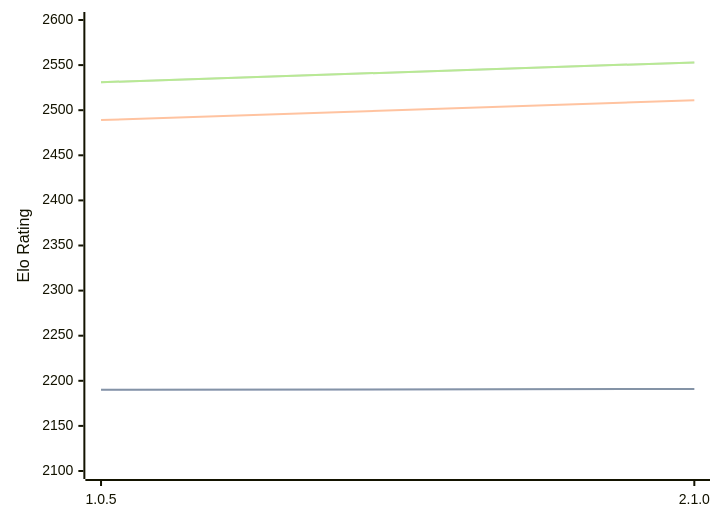
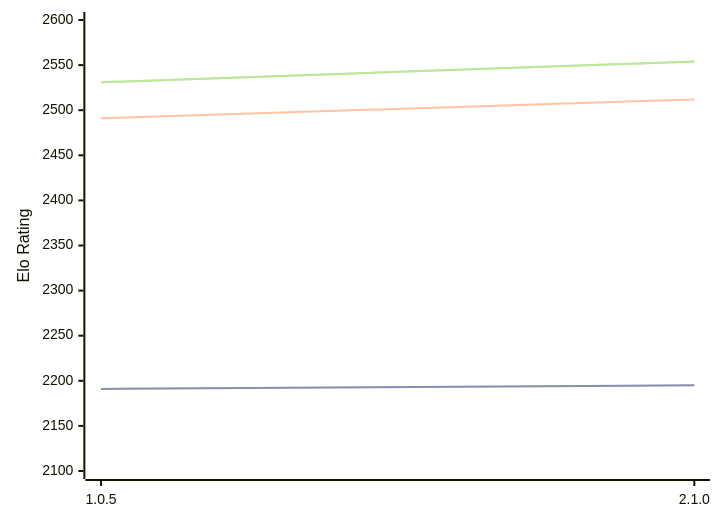
The diagram in engines/Ruffian.md (computer-chess-index/cci), drawn with Mermaid before and after one commit. The commit also changed other lines of this file, not shown here.

Commit message:
Update CCI Ratings (ELO VLTC) - 2026-02-21

````diff
--- a/engines/Ruffian.md
+++ b/engines/Ruffian.md
@@ -29,11 +29,11 @@
 ```mermaid
 %%{init: {"theme":"base","themeVariables":{"seriesColors:['#a3a3a3','#222221','#faa371']}}}%%
 xychart-beta
   x-axis ["1.0.5", "2.1.0"]
   y-axis "Elo Rating" 2100 --> 2600
-  line "STC (8.0+0.08s)" [2190, 2191]
-  line "STC (8.0+0.08s)" [2190, 2191]
-  line "LTC (60.0+0.60s)" [2489, 2511]
-  line "VLTC (2m24s+1.12s)" [2531, 2553]
-  line "VLTC (2m24s+1.12s)" [2531, 2553]
+  line "STC (8.0+0.08s)" [2191, 2195]
+  line "STC (8.0+0.08s)" [2191, 2195]
+  line "LTC (60.0+0.60s)" [2491, 2512]
+  line "VLTC (2m24s+1.12s)" [2531, 2554]
+  line "VLTC (2m24s+1.12s)" [2531, 2554]
 ```
````
